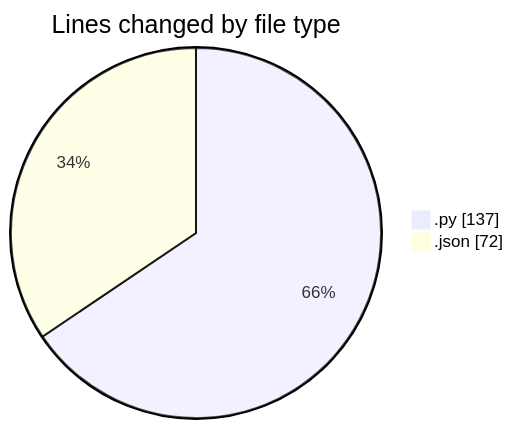
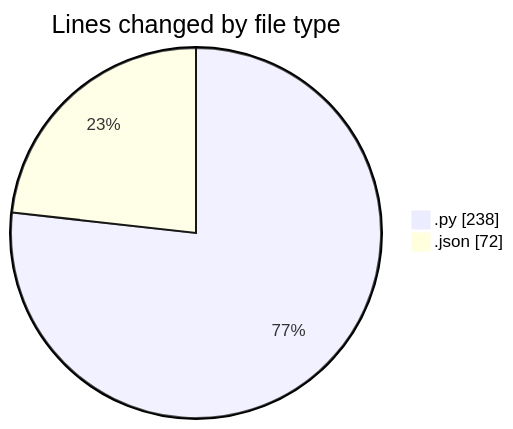
One commit to momahboobian/code-tracking changed the first of 2 diagrams in 2025-02-23/samplepdf/README.md. Above: the diagram before and after it, drawn with Mermaid. The commit also changed other lines of this file and 1 other file, not shown here.

````diff
--- a/2025-02-23/samplepdf/README.md
+++ b/2025-02-23/samplepdf/README.md
@@ -23,6 +24,6 @@
 ```mermaid
 pie showData
 title Lines changed by file type
-".py" : 137
+".py" : 238
 ".json" : 72
 ```
````
